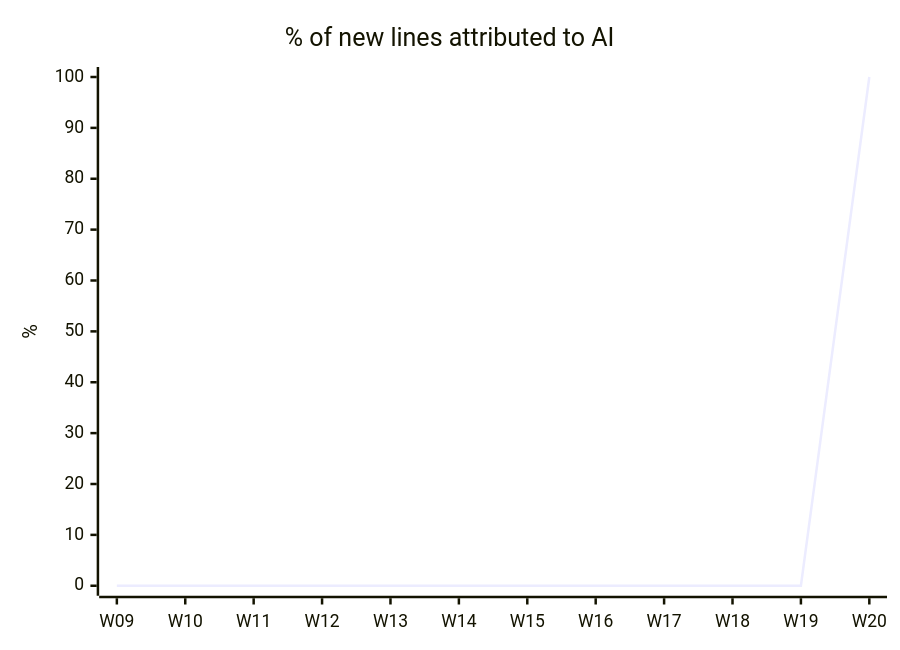
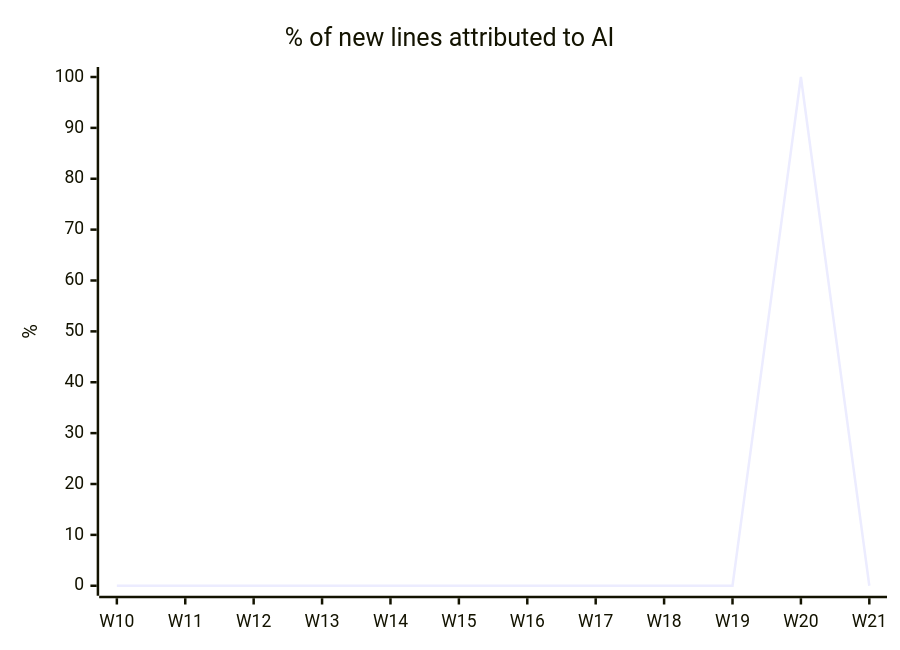
One commit to fromwaydowntown/ai-use changed the first of 4 diagrams in docs/AI_USAGE.md. Above: the diagram before and after it, drawn with Mermaid. The commit also changed other lines of this file, not shown here.

````diff
--- a/docs/AI_USAGE.md
+++ b/docs/AI_USAGE.md
@@ -17,7 +17,7 @@
 ```mermaid
 xychart-beta
     title "% of new lines attributed to AI"
-    x-axis ["W09", "W10", "W11", "W12", "W13", "W14", "W15", "W16", "W17", "W18", "W19", "W20"]
+    x-axis ["W10", "W11", "W12", "W13", "W14", "W15", "W16", "W17", "W18", "W19", "W20", "W21"]
     y-axis "%" 0 --> 100
-    line [0, 0, 0, 0, 0, 0, 0, 0, 0, 0, 0, 100]
+    line [0, 0, 0, 0, 0, 0, 0, 0, 0, 0, 100, 0]
 ```
````
